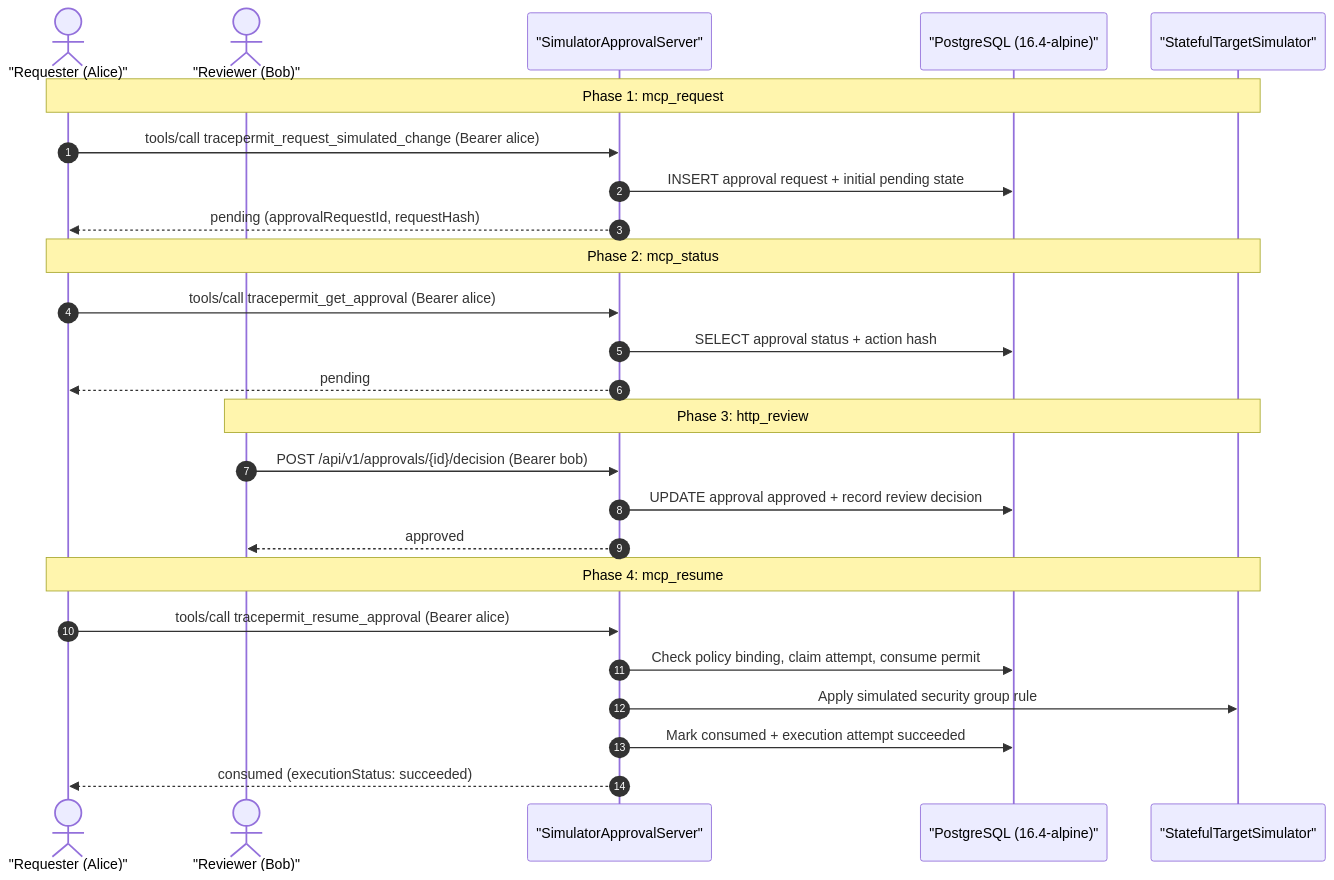
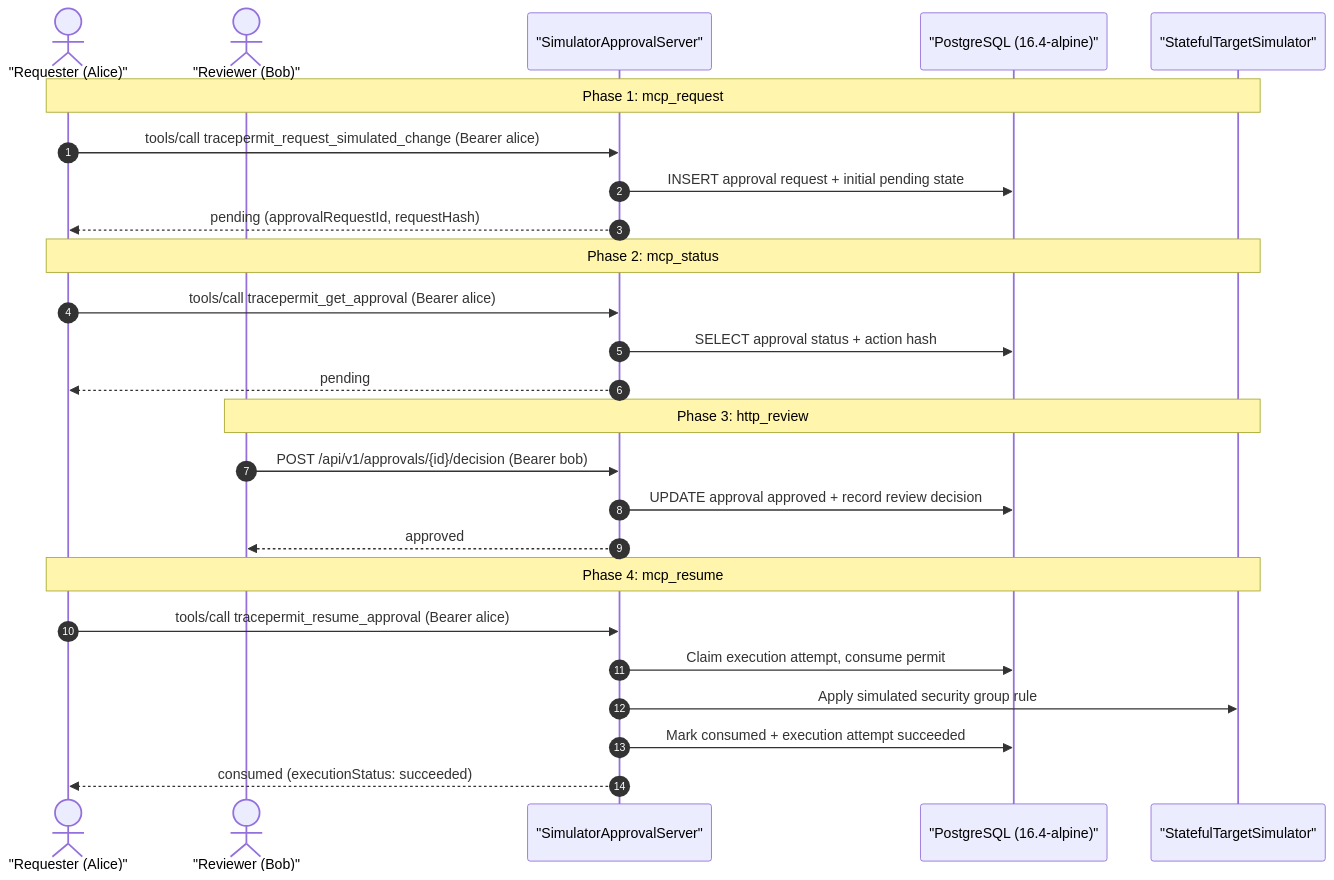
Before and after one commit to hemantkgupta/tracepermit: the diagram in docs/runbooks/simulator-approval-latency-qualification.md, drawn with Mermaid. The commit also changed other lines of this file and 3 other files, not shown here.

````diff
--- a/docs/runbooks/simulator-approval-latency-qualification.md
+++ b/docs/runbooks/simulator-approval-latency-qualification.md
@@ -17,31 +17,31 @@
 ```mermaid
 sequenceDiagram
   autonumber
   actor Requester as "Requester (Alice)"
   actor Reviewer as "Reviewer (Bob)"
   participant Server as "SimulatorApprovalServer"
   participant DB as "PostgreSQL (16.4-alpine)"
   participant Target as "StatefulTargetSimulator"
 
   Note over Requester,Target: Phase 1: mcp_request
   Requester->>Server: tools/call tracepermit_request_simulated_change (Bearer alice)
   Server->>DB: INSERT approval request + initial pending state
   Server-->>Requester: pending (approvalRequestId, requestHash)
 
   Note over Requester,Target: Phase 2: mcp_status
   Requester->>Server: tools/call tracepermit_get_approval (Bearer alice)
   Server->>DB: SELECT approval status + action hash
   Server-->>Requester: pending
 
   Note over Reviewer,Target: Phase 3: http_review
   Reviewer->>Server: POST /api/v1/approvals/{id}/decision (Bearer bob)
   Server->>DB: UPDATE approval approved + record review decision
   Server-->>Reviewer: approved
 
   Note over Requester,Target: Phase 4: mcp_resume
   Requester->>Server: tools/call tracepermit_resume_approval (Bearer alice)
-  Server->>DB: Check policy binding, claim attempt, consume permit
+  Server->>DB: Claim execution attempt, consume permit
   Server->>Target: Apply simulated security group rule
   Server->>DB: Mark consumed + execution attempt succeeded
   Server-->>Requester: consumed (executionStatus: succeeded)
 ```
````
